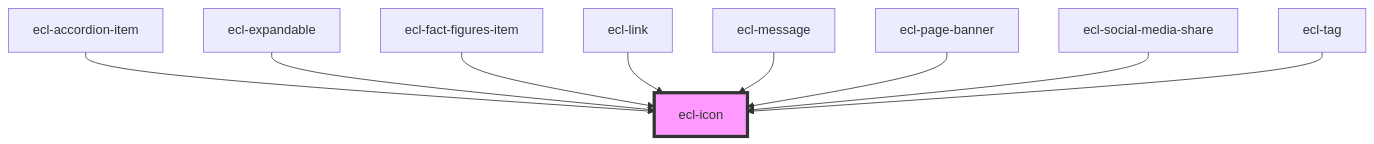
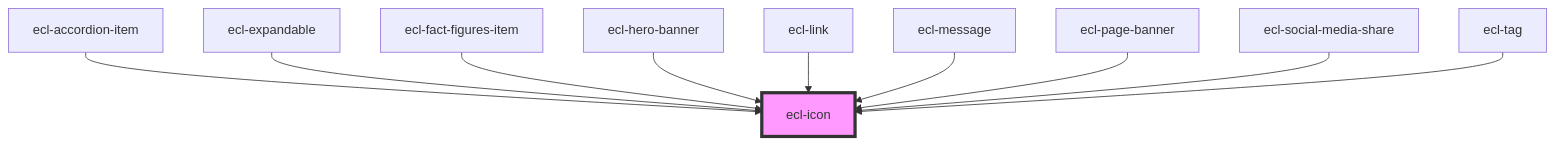
The diagram in src/components/ecl-icon/readme.md (ec-europa/ecl-webcomponents), drawn with Mermaid before and after one commit. The commit also changed other lines of this file and 12 other files, not shown here.

Commit message:
chore(web-components): Adding hero banner

````diff
--- a/src/components/ecl-icon/readme.md
+++ b/src/components/ecl-icon/readme.md
@@ -34,12 +35,13 @@
 ```mermaid
 graph TD;
   ecl-accordion-item --> ecl-icon
   ecl-expandable --> ecl-icon
   ecl-fact-figures-item --> ecl-icon
+  ecl-hero-banner --> ecl-icon
   ecl-link --> ecl-icon
   ecl-message --> ecl-icon
   ecl-page-banner --> ecl-icon
   ecl-social-media-share --> ecl-icon
   ecl-tag --> ecl-icon
   style ecl-icon fill:#f9f,stroke:#333,stroke-width:4px
 ```
````
